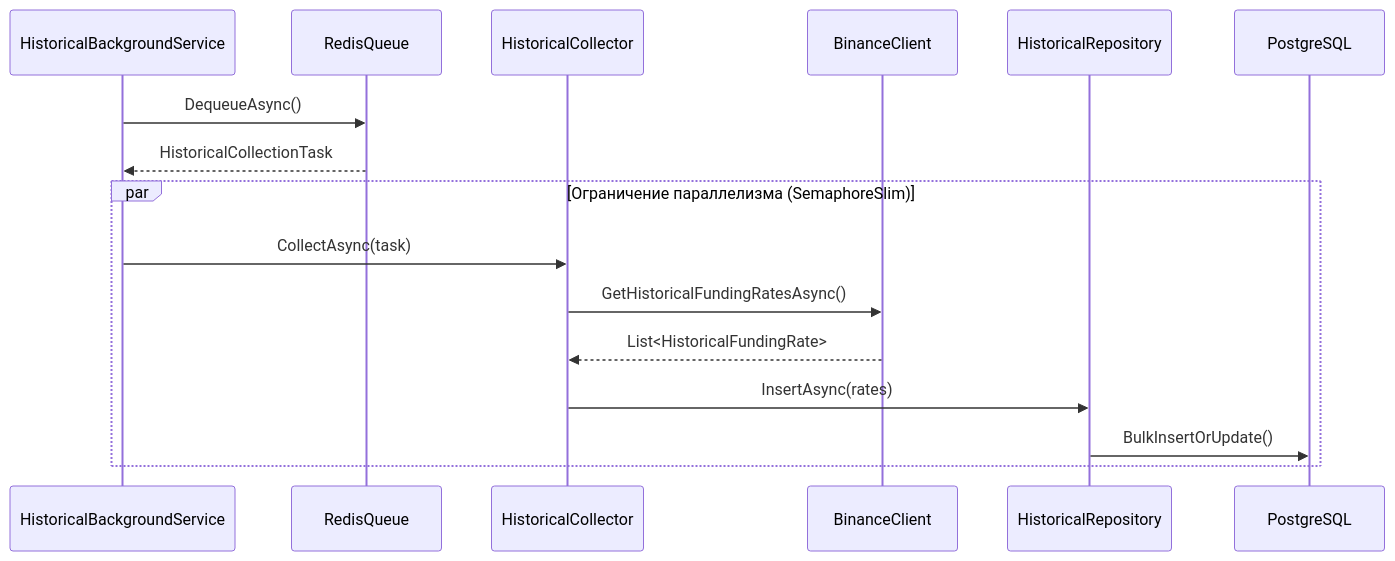
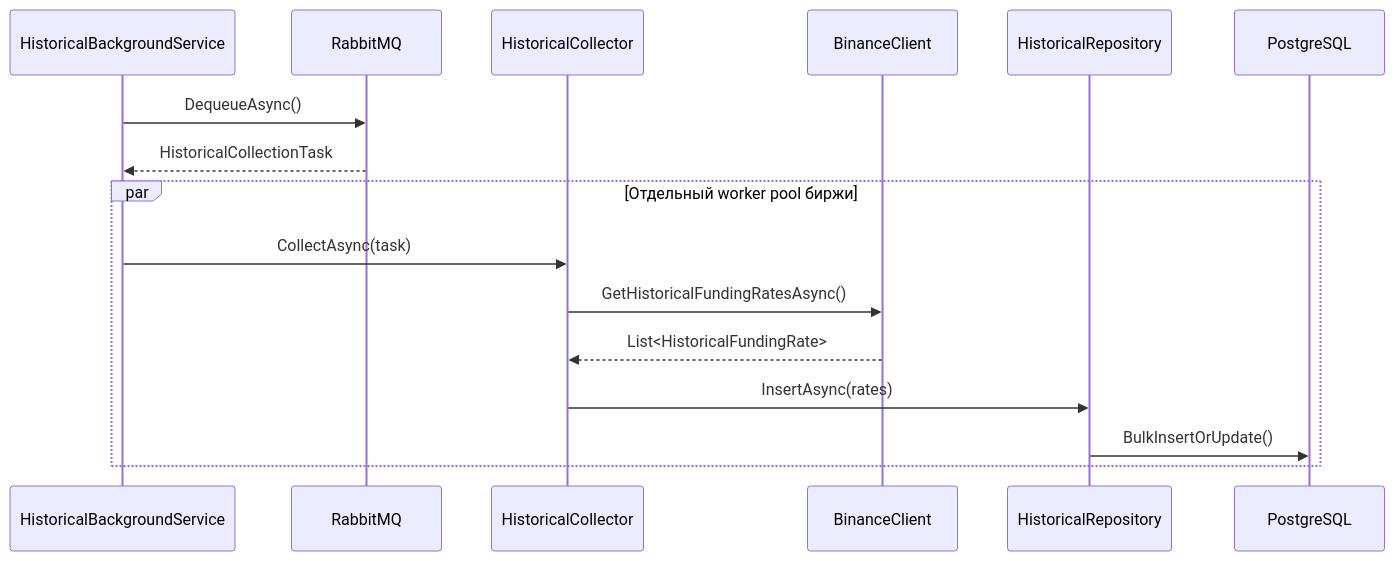
One commit to Grigory50012/FundingMonitor changed the fourth of 6 diagrams in docs/architecture/USE_CASE_DIAGRAM.md. Above: the diagram before and after it, drawn with Mermaid. The commit also changed other lines of this file and 66 other files, not shown here.

````diff
--- a/docs/architecture/USE_CASE_DIAGRAM.md
+++ b/docs/architecture/USE_CASE_DIAGRAM.md
@@ -149,20 +149,20 @@
 ```mermaid
 sequenceDiagram
     participant BS as HistoricalBackgroundService
-    participant Q as RedisQueue
+    participant Q as RabbitMQ
     participant H as HistoricalCollector
     participant B as BinanceClient
     participant DB as HistoricalRepository
     participant PG as PostgreSQL
 
     BS->>Q: DequeueAsync()
     Q-->>BS: HistoricalCollectionTask
 
-    par Ограничение параллелизма (SemaphoreSlim)
+    par Отдельный worker pool биржи
         BS->>H: CollectAsync(task)
         H->>B: GetHistoricalFundingRatesAsync()
         B-->>H: List<HistoricalFundingRate>
         H->>DB: InsertAsync(rates)
         DB->>PG: BulkInsertOrUpdate()
     end
 ```
````
